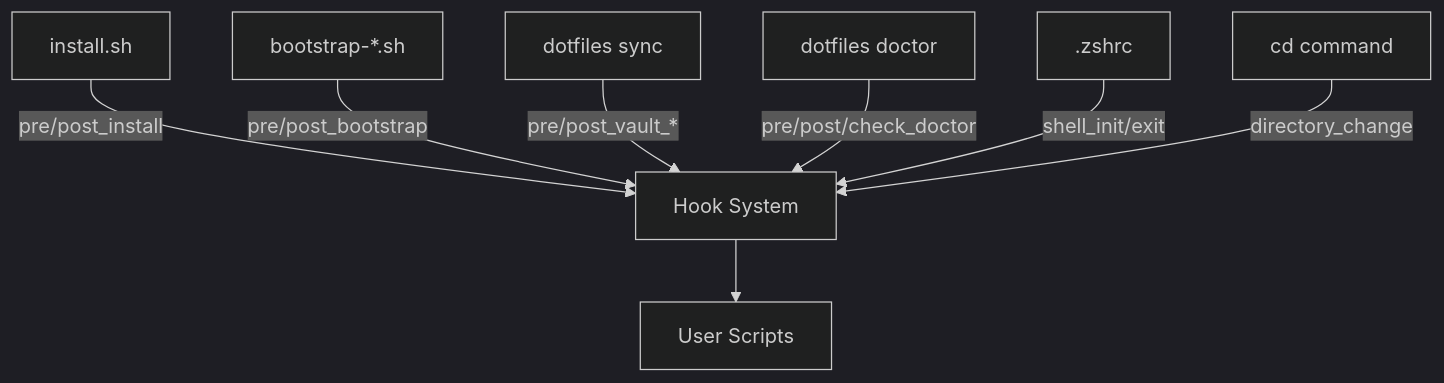
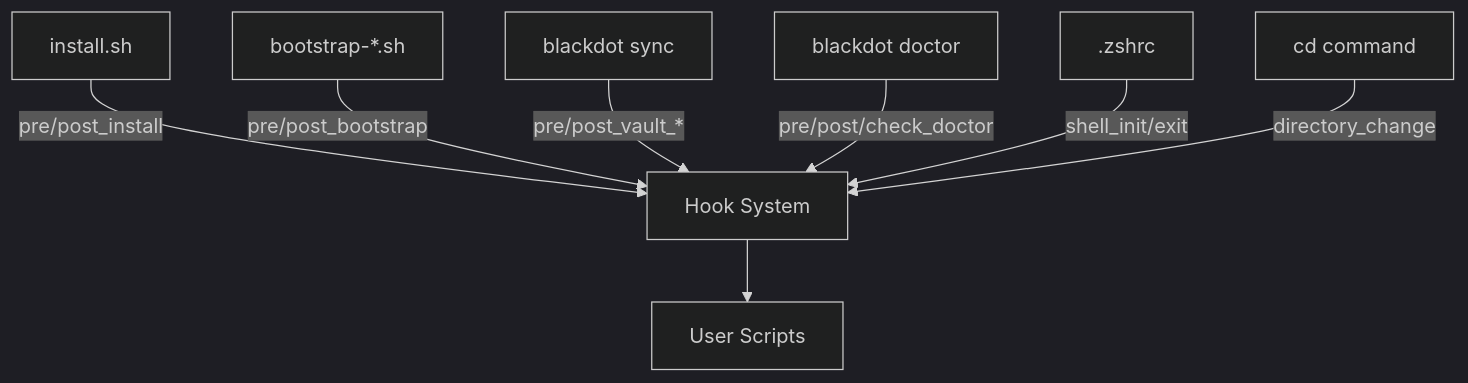
The seventh of 10 diagrams in docs/architecture.md (blackwell-systems/blackdot), drawn with Mermaid (dark theme) before and after one commit. The commit also changed other lines of this file and 13 other files, not shown here.

First line of the commit message:
docs: Fix dotfiles → blackdot command references throughout

````diff
--- a/docs/architecture.md
+++ b/docs/architecture.md
@@ -584,11 +584,11 @@
 ```mermaid
 flowchart TD
     A[install.sh] -->|pre/post_install| H[Hook System]
     B[bootstrap-*.sh] -->|pre/post_bootstrap| H
-    C[dotfiles sync] -->|pre/post_vault_*| H
-    D[dotfiles doctor] -->|pre/post/check_doctor| H
+    C[blackdot sync] -->|pre/post_vault_*| H
+    D[blackdot doctor] -->|pre/post/check_doctor| H
     E[.zshrc] -->|shell_init/exit| H
     F[cd command] -->|directory_change| H
 
     H --> G[User Scripts]
 ```
````
